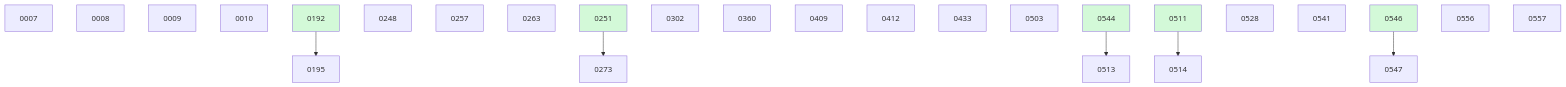
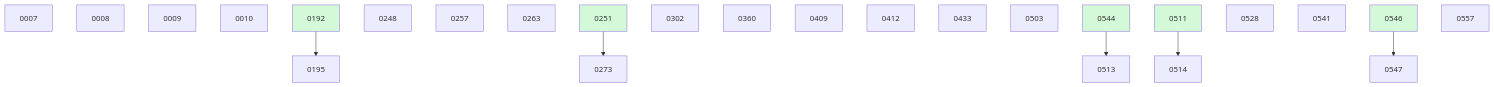
One commit to danielhanold/docket changed the diagram in docs/changes/BOARD.md. Above: the diagram before and after it, drawn with Mermaid. The commit also changed other lines of this file and 4 other files, not shown here.

````diff
--- a/docs/changes/BOARD.md
+++ b/docs/changes/BOARD.md
@@ -47,31 +41,30 @@
 ```mermaid
 graph TD
   0007
   0008
   0009
   0010
   0192 --> 0195
   0248
   0257
   0263
   0251 --> 0273
   0302
   0360
   0409
   0412
   0433
   0503
   0544 --> 0513
   0511 --> 0514
   0528
   0541
   0546 --> 0547
-  0556
   0557
   0192:::done
   0251:::done
   0511:::done
   0544:::done
   0546:::done
   classDef done fill:#d3f9d8;
 ```
````
